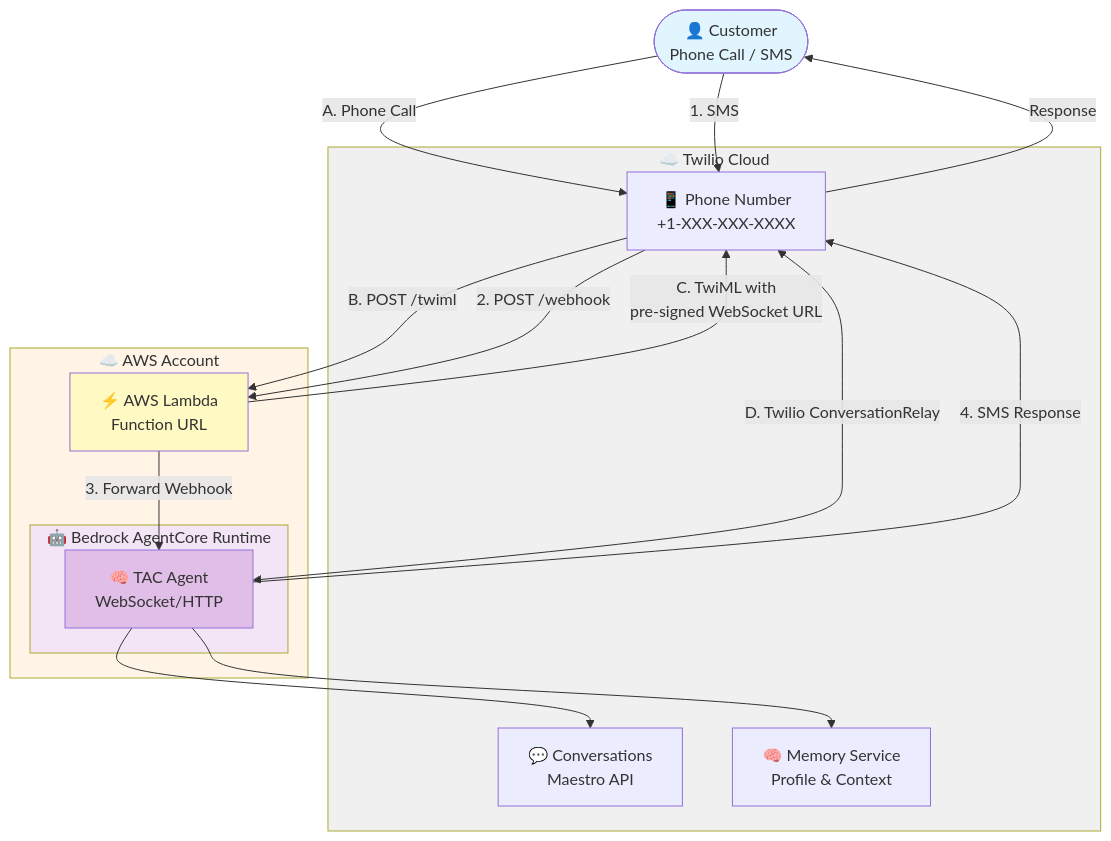
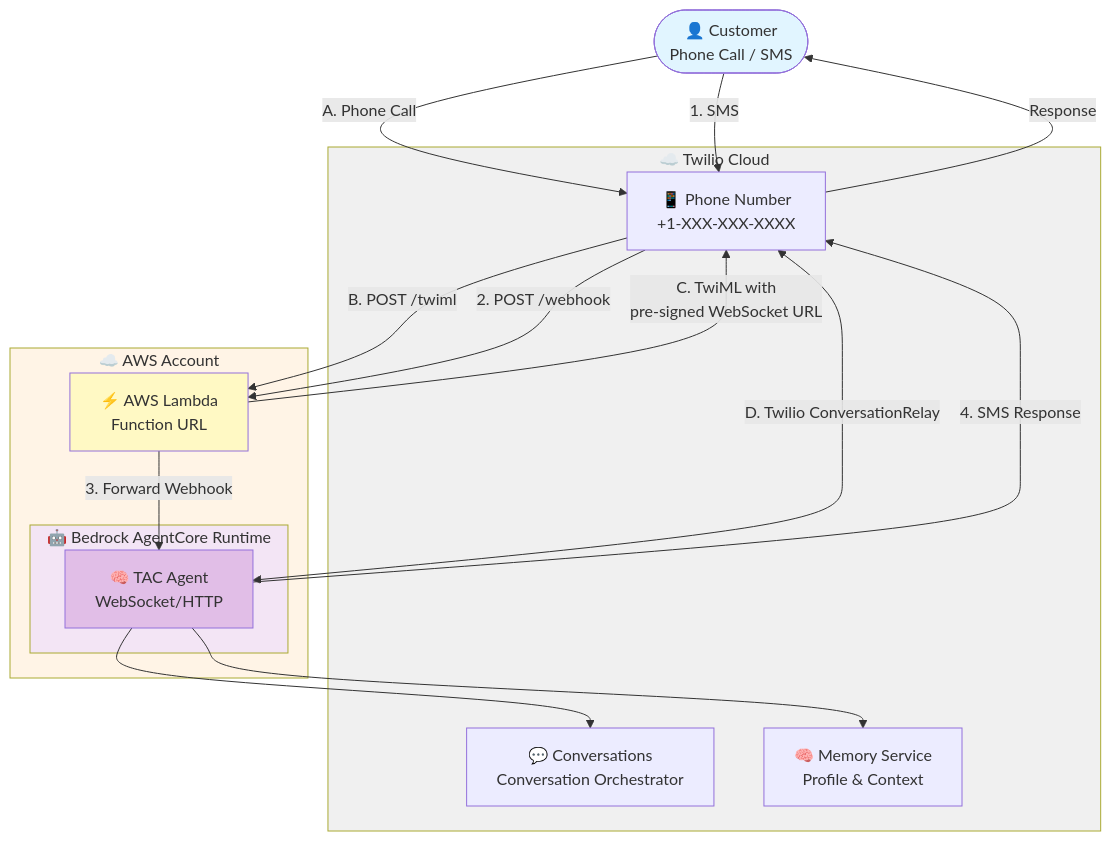
One commit to twilio/twilio-agent-connect-aws changed the diagram in deploy/agentcore_aws_lambda/README.md. Above: the diagram before and after it, drawn with Mermaid. The commit also changed other lines of this file and 4 other files, not shown here.

Commit message:
docs: Update Maestro to Conversation Orchestrator and Node.js to v24

````diff
--- a/deploy/agentcore_aws_lambda/README.md
+++ b/deploy/agentcore_aws_lambda/README.md
@@ -7,43 +7,43 @@
 ```mermaid
 graph TB
     Customer([👤 Customer<br/>Phone Call / SMS])
 
     subgraph Twilio["☁️ Twilio Cloud"]
         Phone[📱 Phone Number<br/>+1-XXX-XXX-XXXX]
-        Maestro[💬 Conversations<br/>Maestro API]
+        Orchestrator[💬 Conversations<br/>Conversation Orchestrator]
         Memory[🧠 Memory Service<br/>Profile & Context]
     end
 
     subgraph AWS["☁️ AWS Account"]
         Lambda[⚡ AWS Lambda<br/>Function URL]
 
         subgraph AgentCore["🤖 Bedrock AgentCore Runtime"]
             Agent[🧠 TAC Agent<br/>WebSocket/HTTP]
         end
     end
 
     %% Voice Channel Flow (A-D)
     Customer -->|A. Phone Call| Phone
     Phone -->|B. POST /twiml| Lambda
     Lambda -->|C. TwiML with<br/>pre-signed WebSocket URL| Phone
     Phone <-->|D. Twilio ConversationRelay| Agent
     
     %% Messaging Channel Flow (1-4)
     Customer -->|1. SMS| Phone
     Phone -->|2. POST /webhook| Lambda
     Lambda -->|3. Forward Webhook| Agent
     Agent -->|4. SMS Response| Phone
     
     %% AgentCore integrations
-    Agent --> Maestro
+    Agent --> Orchestrator
     Agent --> Memory
     
     Phone -->|Response| Customer
 
     style Customer fill:#e1f5ff
     style Twilio fill:#f0f0f0
     style AWS fill:#fff4e6
     style Lambda fill:#fff9c4
     style AgentCore fill:#f3e5f5
     style Agent fill:#e1bee7
 ```
````
